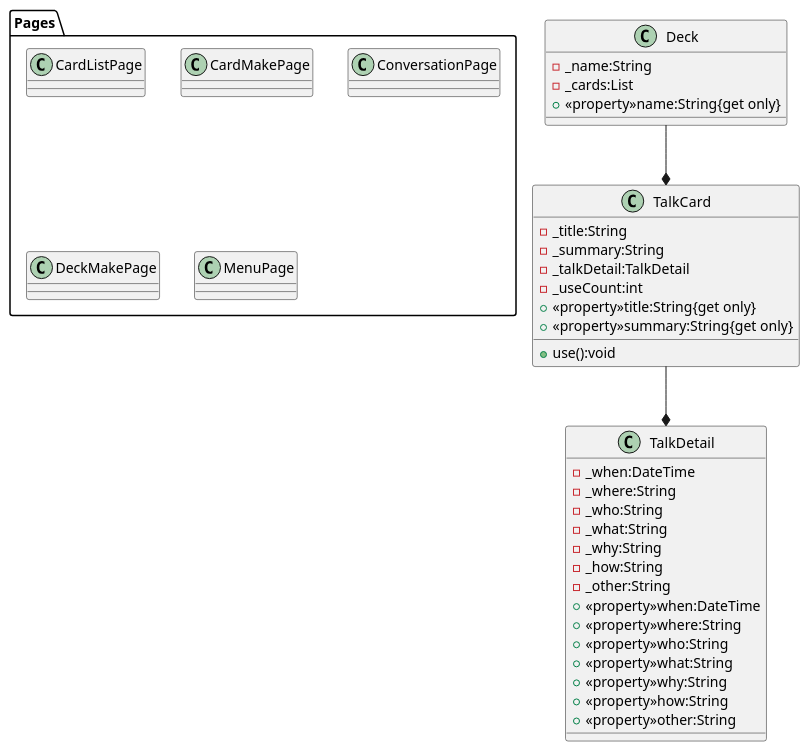
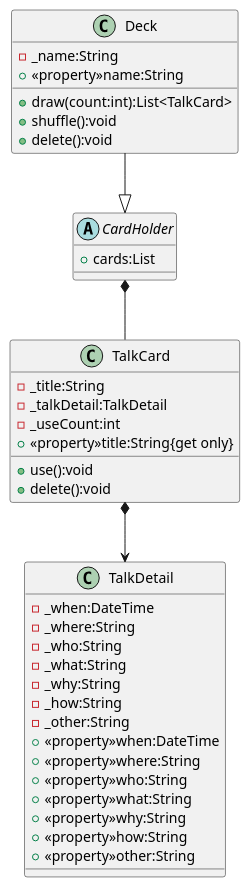
The diagram in classDiagram.pu (nmskm240/conversation_deck), drawn with PlantUML before and after one commit. The commit also changed 5 other files, not shown here.

```diff
--- a/classDiagram.pu
+++ b/classDiagram.pu
@@ -1,49 +1,45 @@
-@startuml Conversation deck
-
-package Pages
-{
-    class CardListPage
-    class CardMakePage
-    class ConversationPage
-    class DeckMakePage
-    class MenuPage
-}
-
+@startuml Conversation deck cards
 class TalkCard
 {
     -_title:String
-    -_summary:String
     -_talkDetail:TalkDetail
     -_useCount:int
     +<<property>>title:String{get only}
-    +<<property>>summary:String{get only}
     +use():void
+    +delete():void
 }
 class TalkDetail
 {
     -_when:DateTime
     -_where:String
     -_who:String
     -_what:String
     -_why:String
     -_how:String
     -_other:String
     +<<property>>when:DateTime
     +<<property>>where:String
     +<<property>>who:String
     +<<property>>what:String
     +<<property>>why:String
     +<<property>>how:String
     +<<property>>other:String
 }
+abstract CardHolder
+{
+    +cards:List
+}
 class Deck
 {
     -_name:String
-    -_cards:List
-    +<<property>>name:String{get only}
+    +<<property>>name:String
+    +draw(count:int):List<TalkCard>
+    +shuffle():void
+    +delete():void
 }
 
-TalkCard --* TalkDetail
-Deck --* TalkCard
+TalkCard *--> TalkDetail
+CardHolder *-- TalkCard
+Deck --|> CardHolder
 
 @enduml
```
